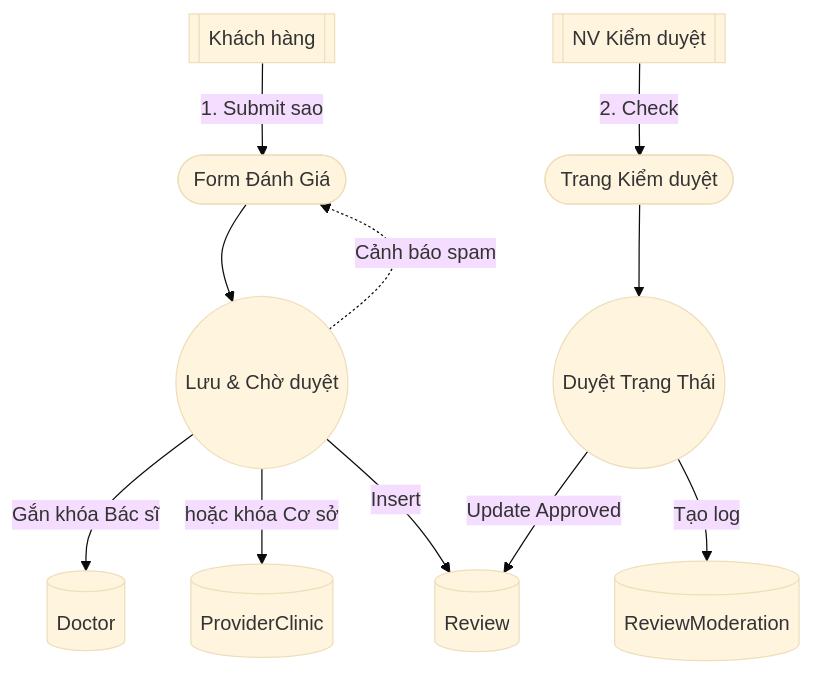
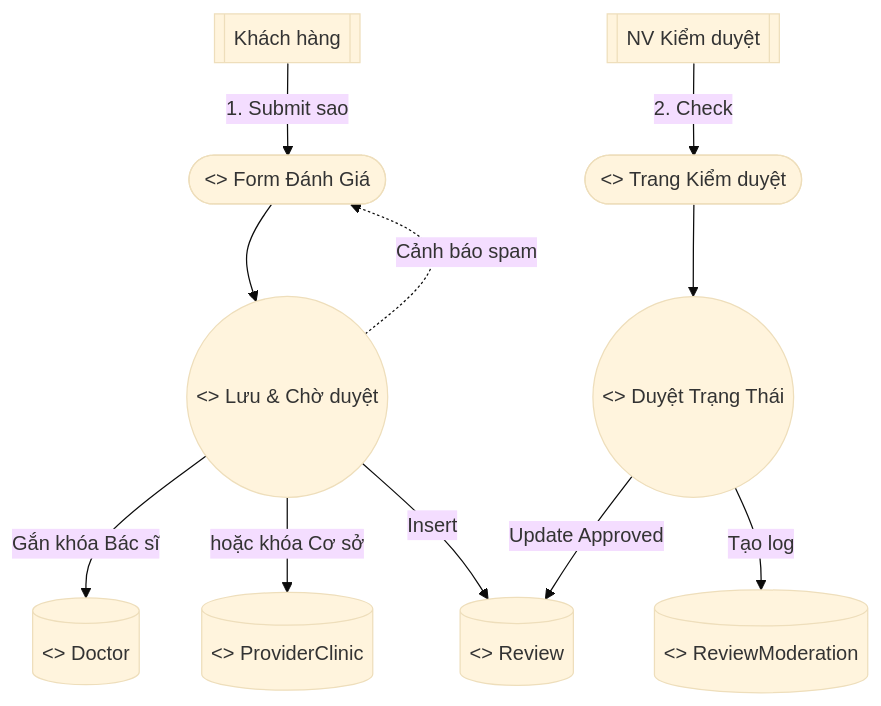
One commit to qhun22/qq changed the seventh of 10 diagrams in README.md. Above: the diagram before and after it, drawn with Mermaid (base theme). The commit also changed other lines of this file, not shown here.

````diff
--- a/README.md
+++ b/README.md
@@ -244,28 +358,28 @@
 ```mermaid
 flowchart TD
   A_CUS[[Khách hàng]]
   A_MOD[[NV Kiểm duyệt]]
   
-  B_REV([Form Đánh Giá])
-  B_MOD([Trang Kiểm duyệt])
+  B_REV([<<boundary>> Form Đánh Giá])
+  B_MOD([<<boundary>> Trang Kiểm duyệt])
   
-  C_SEND((Lưu & Chờ duyệt))
-  C_MOD((Duyệt Trạng Thái))
+  C_SEND((<<control>> Lưu & Chờ duyệt))
+  C_MOD((<<control>> Duyệt Trạng Thái))
   
-  E_REV[(Review)]
-  E_REV_MOD[(ReviewModeration)]
-  E_DOC[(Doctor)]
-  E_CLINIC[(ProviderClinic)]
+  E_REV[(<<entity>> Review)]
+  E_REV_MOD[(<<entity>> ReviewModeration)]
+  E_DOC[(<<entity>> Doctor)]
+  E_CLINIC[(<<entity>> ProviderClinic)]
 
   A_CUS -->|1. Submit sao| B_REV
   B_REV --> C_SEND
   C_SEND -->|Gắn khóa Bác sĩ| E_DOC
   C_SEND -->|hoặc khóa Cơ sở| E_CLINIC
   C_SEND -->|Insert| E_REV
   C_SEND -.->|Cảnh báo spam| B_REV
   
   A_MOD -->|2. Check| B_MOD
   B_MOD --> C_MOD
   C_MOD -->|Tạo log| E_REV_MOD
   C_MOD -->|Update Approved| E_REV
 ```
````
